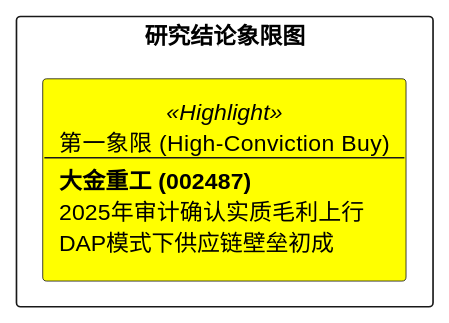
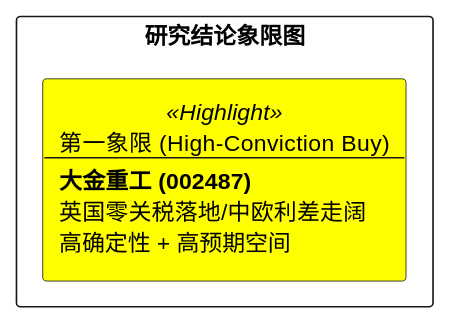
The diagram in investigation/equities/大金重工/reports/研报章节七：投资摘要与风险因素.md (hrzzzrh/QuantPyLab), drawn with PlantUML before and after one commit. The commit also changed other lines of this file and 70 other files, not shown here.

````diff
--- a/investigation/equities/大金重工/reports/研报章节七：投资摘要与风险因素.md
+++ b/investigation/equities/大金重工/reports/研报章节七：投资摘要与风险因素.md
@@ -24,10 +23,10 @@
 ```plantuml
 @startuml
 skinparam rectangle {
     BackgroundColor<<Highlight>> Yellow
 }
 rectangle "研究结论象限图" {
-    rectangle "第一象限 (High-Conviction Buy)\n--\n**大金重工 (002487)**\n2025年审计确认实质毛利上行\nDAP模式下供应链壁垒初成" as Q1 <<Highlight>>
+    rectangle "第一象限 (High-Conviction Buy)\n--\n**大金重工 (002487)**\n英国零关税落地/中欧利差走阔\n高确定性 + 高预期空间" as Q1 <<Highlight>>
 }
 @enduml
 ```
````
